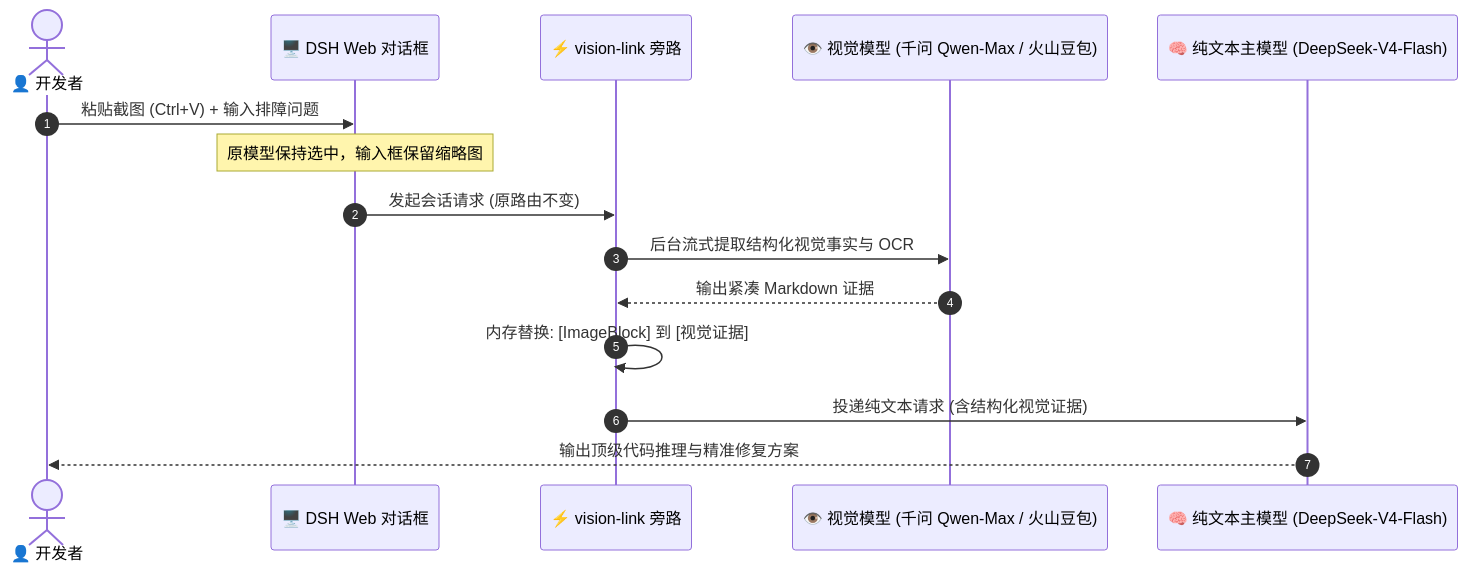
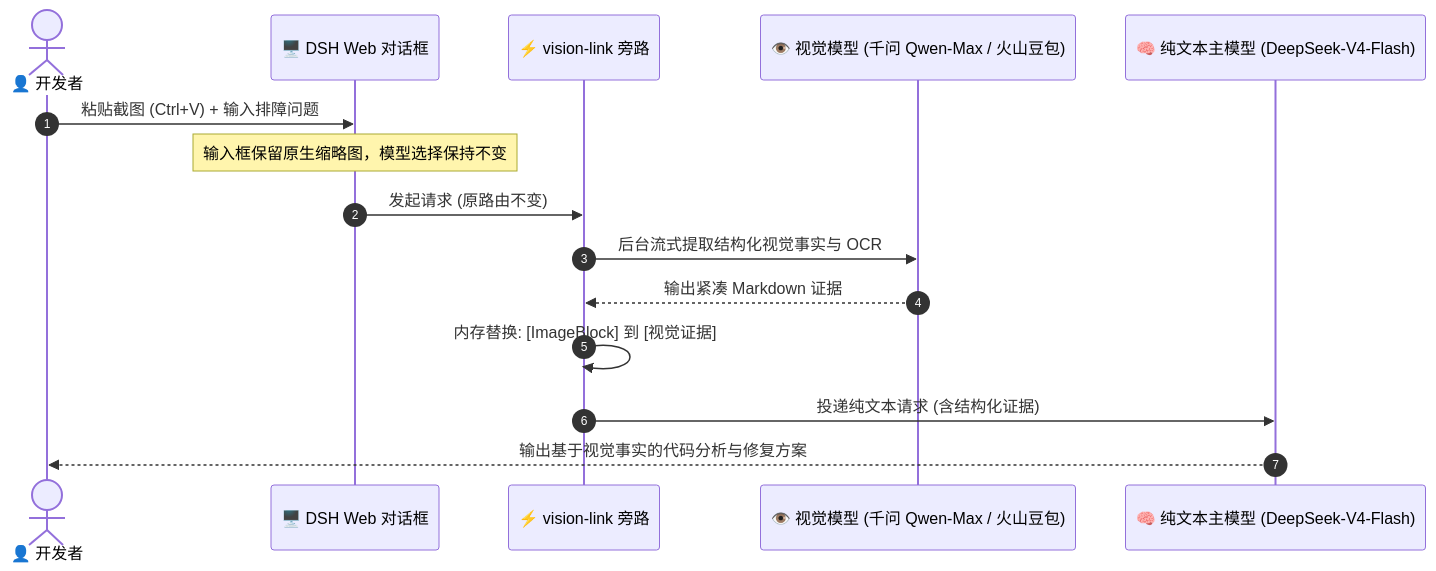
The diagram in README.zh-CN.md (sprainJinyu/dsh-vision-link), drawn with Mermaid before and after one commit. The commit also changed other lines of this file and 5 other files, not shown here.

````diff
--- a/README.zh-CN.md
+++ b/README.zh-CN.md
@@ -42,18 +124,18 @@
 ```mermaid
 sequenceDiagram
     autonumber
     actor User as 👤 开发者
     participant Client as 🖥️ DSH Web 对话框
     participant Plugin as ⚡ vision-link 旁路
     participant VisionLLM as 👁️ 视觉模型 (千问 Qwen-Max / 火山豆包)
     participant TextLLM as 🧠 纯文本主模型 (DeepSeek-V4-Flash)
 
     User->>Client: 粘贴截图 (Ctrl+V) + 输入排障问题
-    Note over Client: 原模型保持选中，输入框保留缩略图
-    Client->>Plugin: 发起会话请求 (原路由不变)
+    Note over Client: 输入框保留原生缩略图，模型选择保持不变
+    Client->>Plugin: 发起请求 (原路由不变)
     Plugin->>VisionLLM: 后台流式提取结构化视觉事实与 OCR
     VisionLLM-->>Plugin: 输出紧凑 Markdown 证据
     Plugin->>Plugin: 内存替换: [ImageBlock] 到 [视觉证据]
-    Plugin->>TextLLM: 投递纯文本请求 (含结构化视觉证据)
-    TextLLM-->>User: 输出顶级代码推理与精准修复方案
+    Plugin->>TextLLM: 投递纯文本请求 (含结构化证据)
+    TextLLM-->>User: 输出基于视觉事实的代码分析与修复方案
 ```
````
